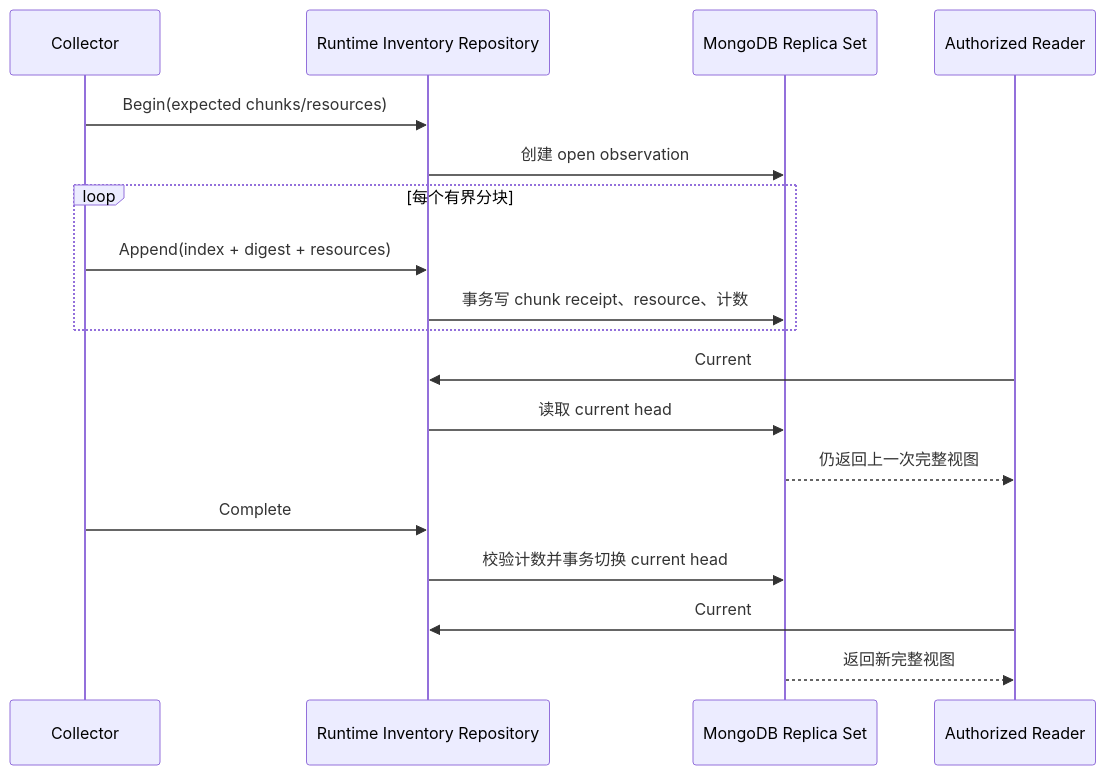
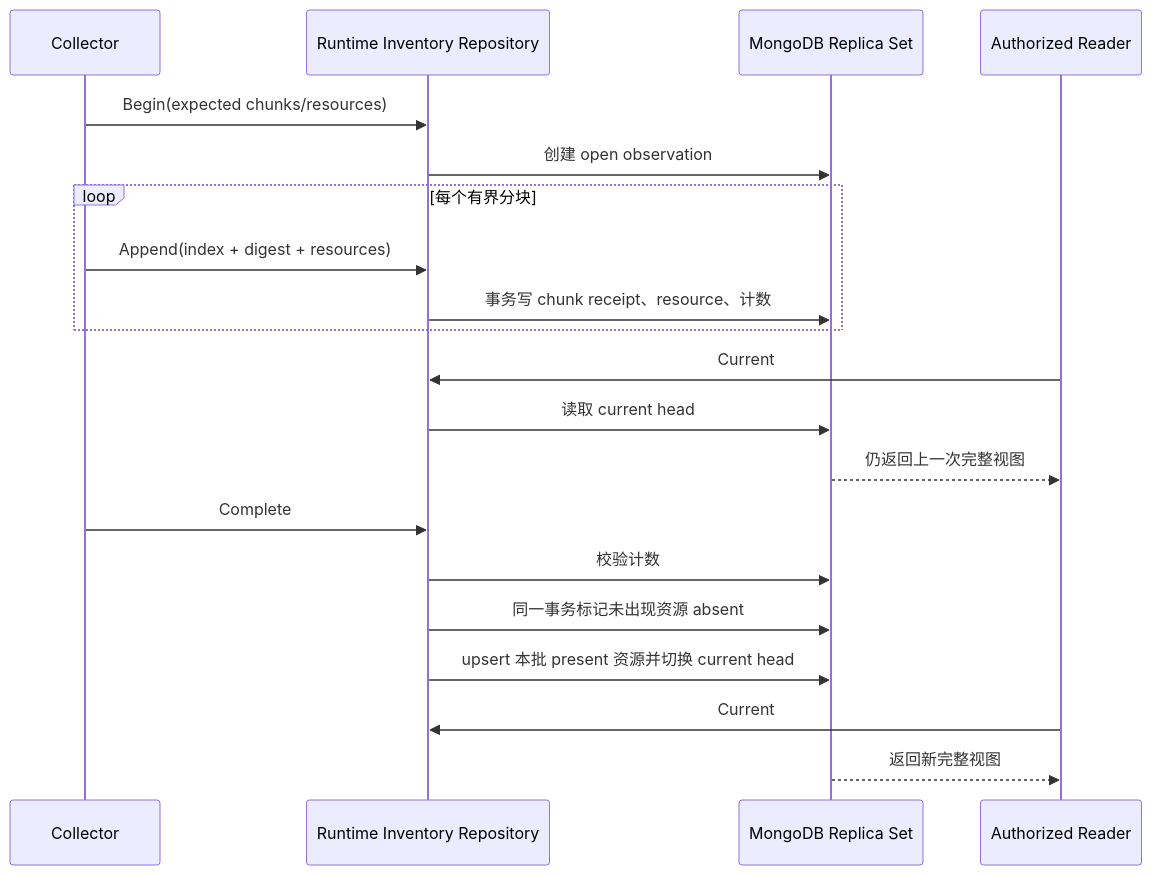
One commit to owndock/owndock changed the second of 3 diagrams in docs/runtime-inventory.md. Above: the diagram before and after it, drawn with Mermaid. The commit also changed other lines of this file and 42 other files, not shown here.

````diff
--- a/docs/runtime-inventory.md
+++ b/docs/runtime-inventory.md
@@ -73,21 +116,23 @@
 ```mermaid
 sequenceDiagram
     participant C as Collector
     participant R as Runtime Inventory Repository
     participant M as MongoDB Replica Set
     participant U as Authorized Reader
 
     C->>R: Begin(expected chunks/resources)
     R->>M: 创建 open observation
     loop 每个有界分块
         C->>R: Append(index + digest + resources)
         R->>M: 事务写 chunk receipt、resource、计数
     end
     U->>R: Current
     R->>M: 读取 current head
     M-->>U: 仍返回上一次完整视图
     C->>R: Complete
-    R->>M: 校验计数并事务切换 current head
+    R->>M: 校验计数
+    R->>M: 同一事务标记未出现资源 absent
+    R->>M: upsert 本批 present 资源并切换 current head
     U->>R: Current
     M-->>U: 返回新完整视图
 ```
````
